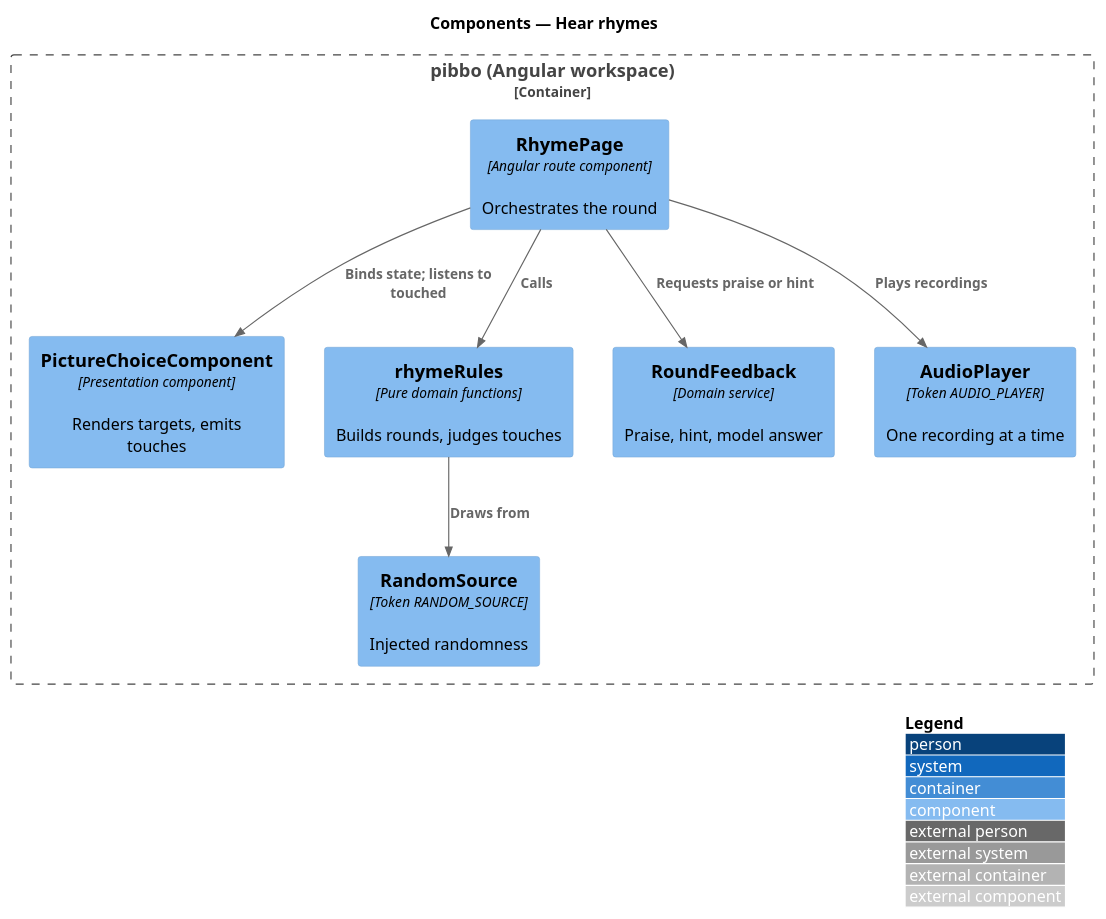
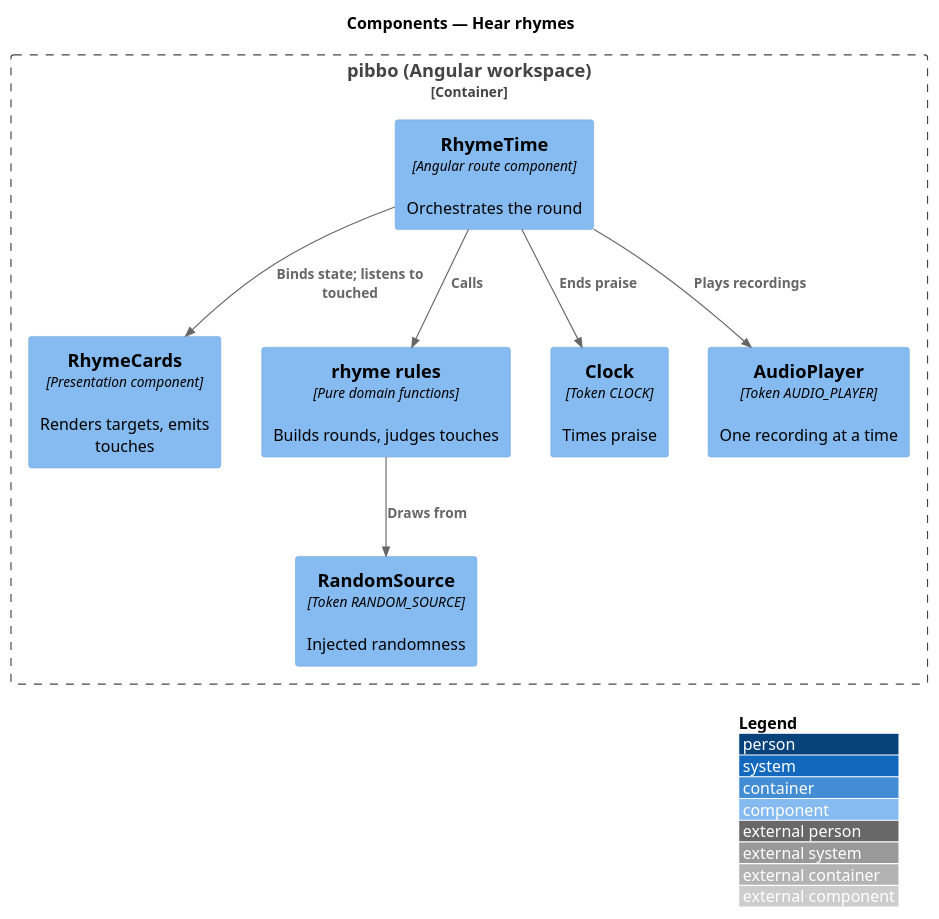
Before and after one commit to QuinntyneBrown/pibbo: the diagram in docs/detailed-designs/sound-out/hear-rhymes/diagrams/c4-component.puml, drawn with PlantUML. The commit also changed 19 other files, not shown here.

Commit message:
Align Rhyme time with its mock: choose every rhyme, then Check, and draw the modelled answer (L2-021, ADR 0025)

```diff
--- a/docs/detailed-designs/sound-out/hear-rhymes/diagrams/c4-component.puml
+++ b/docs/detailed-designs/sound-out/hear-rhymes/diagrams/c4-component.puml
@@ -1,18 +1,18 @@
 @startuml
 !include <C4/C4_Component>
 LAYOUT_WITH_LEGEND()
 title Components — Hear rhymes
 Container_Boundary(b, "pibbo (Angular workspace)") {
-  Component(page, "RhymePage", "Angular route component", "Orchestrates the round")
-  Component(view, "PictureChoiceComponent", "Presentation component", "Renders targets, emits touches")
-  Component(rules, "rhymeRules", "Pure domain functions", "Builds rounds, judges touches")
-  Component(fb, "RoundFeedback", "Domain service", "Praise, hint, model answer")
+  Component(page, "RhymeTime", "Angular route component", "Orchestrates the round")
+  Component(view, "RhymeCards", "Presentation component", "Renders targets, emits touches")
+  Component(rules, "rhyme rules", "Pure domain functions", "Builds rounds, judges touches")
+  Component(clock, "Clock", "Token CLOCK", "Times praise")
   Component(audio, "AudioPlayer", "Token AUDIO_PLAYER", "One recording at a time")
   Component(rnd, "RandomSource", "Token RANDOM_SOURCE", "Injected randomness")
 }
 Rel(page, view, "Binds state; listens to touched")
 Rel(page, rules, "Calls")
 Rel(rules, rnd, "Draws from")
 Rel(page, audio, "Plays recordings")
-Rel(page, fb, "Requests praise or hint")
+Rel(page, clock, "Ends praise")
 @enduml
```
